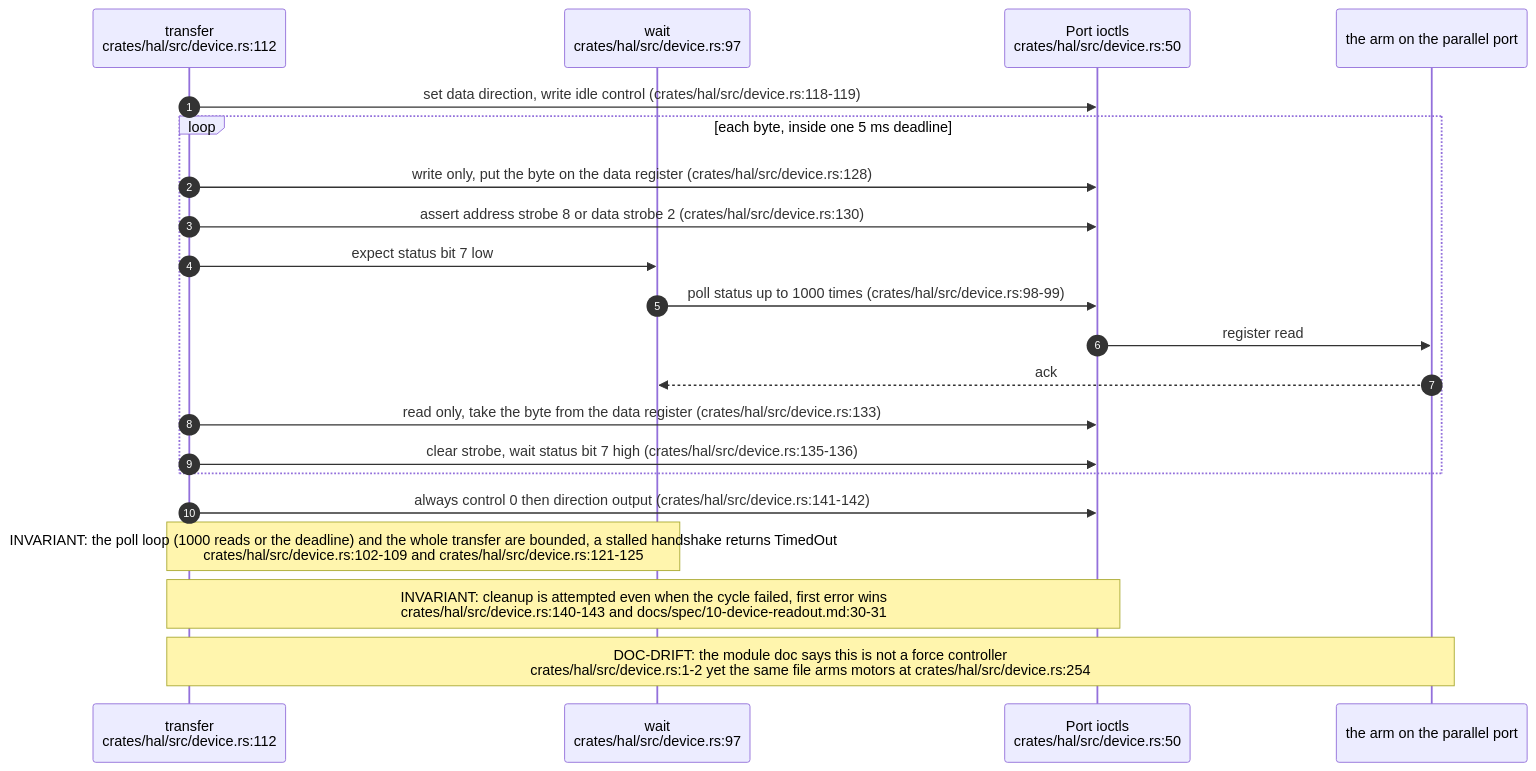
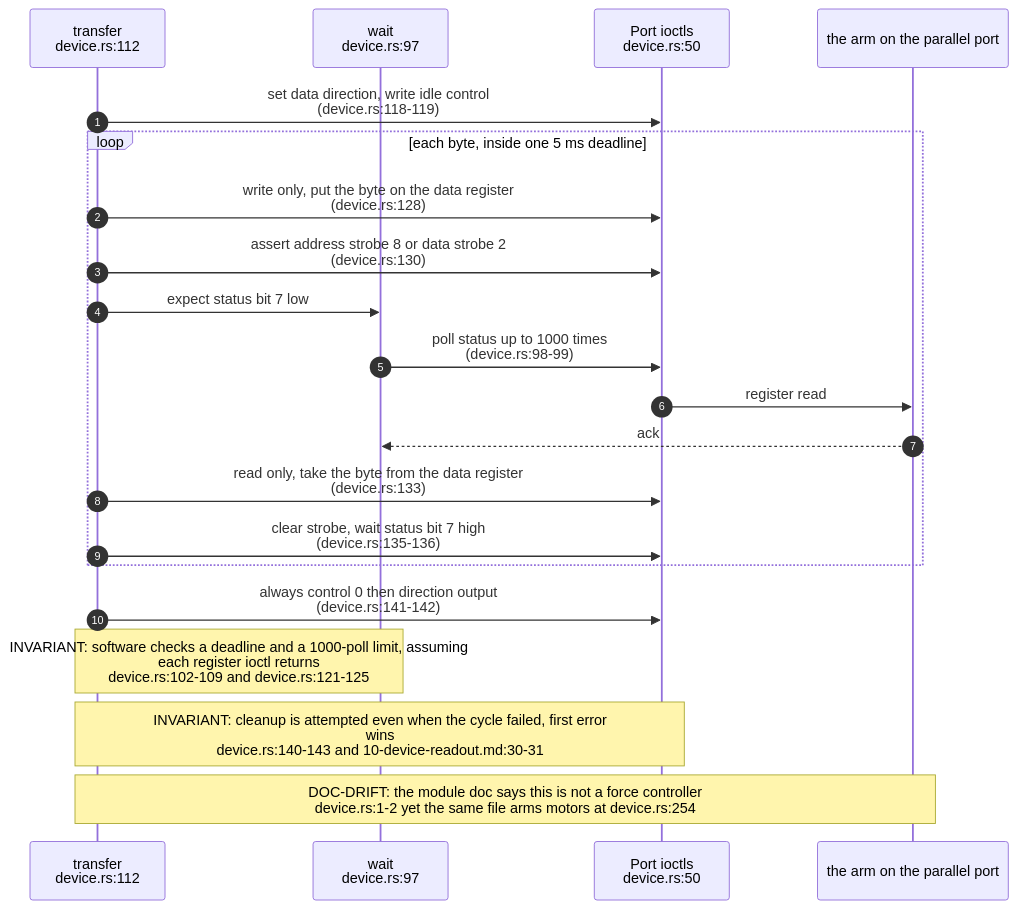
Before and after one commit to DreamLab-AI/VisionFlow: the first of 5 diagrams in docs/diagrams/visiontouch-rs/02-transport-software-epp-and-force-session.md, drawn with Mermaid. The commit also changed other lines of this file and 27 other files, not shown here.

````diff
--- a/docs/diagrams/visiontouch-rs/02-transport-software-epp-and-force-session.md
+++ b/docs/diagrams/visiontouch-rs/02-transport-software-epp-and-force-session.md
@@ -28,23 +30,23 @@
 ```mermaid
 sequenceDiagram
     autonumber
-    participant TR as transfer<br/>crates/hal/src/device.rs:112
-    participant WT as wait<br/>crates/hal/src/device.rs:97
-    participant PT as Port ioctls<br/>crates/hal/src/device.rs:50
+    participant TR as transfer<br/>device.rs:112
+    participant WT as wait<br/>device.rs:97
+    participant PT as Port ioctls<br/>device.rs:50
     participant DV as the arm on the parallel port
-    TR->>PT: set data direction, write idle control (crates/hal/src/device.rs:118-119)
+    TR->>PT: set data direction, write idle control<br/>(device.rs:118-119)
     loop each byte, inside one 5 ms deadline
-        TR->>PT: write only, put the byte on the data register (crates/hal/src/device.rs:128)
-        TR->>PT: assert address strobe 8 or data strobe 2 (crates/hal/src/device.rs:130)
+        TR->>PT: write only, put the byte on the data register<br/>(device.rs:128)
+        TR->>PT: assert address strobe 8 or data strobe 2<br/>(device.rs:130)
         TR->>WT: expect status bit 7 low
-        WT->>PT: poll status up to 1000 times (crates/hal/src/device.rs:98-99)
+        WT->>PT: poll status up to 1000 times<br/>(device.rs:98-99)
         PT->>DV: register read
         DV-->>WT: ack
-        TR->>PT: read only, take the byte from the data register (crates/hal/src/device.rs:133)
-        TR->>PT: clear strobe, wait status bit 7 high (crates/hal/src/device.rs:135-136)
+        TR->>PT: read only, take the byte from the data register<br/>(device.rs:133)
+        TR->>PT: clear strobe, wait status bit 7 high<br/>(device.rs:135-136)
     end
-    TR->>PT: always control 0 then direction output (crates/hal/src/device.rs:141-142)
-    Note over TR,WT: INVARIANT: the poll loop (1000 reads or the deadline) and the whole transfer are bounded, a stalled handshake returns TimedOut<br/>crates/hal/src/device.rs:102-109 and crates/hal/src/device.rs:121-125
-    Note over TR,PT: INVARIANT: cleanup is attempted even when the cycle failed, first error wins<br/>crates/hal/src/device.rs:140-143 and docs/spec/10-device-readout.md:30-31
-    Note over TR,DV: DOC-DRIFT: the module doc says this is not a force controller<br/>crates/hal/src/device.rs:1-2 yet the same file arms motors at crates/hal/src/device.rs:254
+    TR->>PT: always control 0 then direction output<br/>(device.rs:141-142)
+    Note over TR,WT: INVARIANT: software checks a deadline and a 1000-poll limit, assuming<br/>each register ioctl returns<br/>device.rs:102-109 and device.rs:121-125
+    Note over TR,PT: INVARIANT: cleanup is attempted even when the cycle failed, first error<br/>wins<br/>device.rs:140-143 and 10-device-readout.md:30-31
+    Note over TR,DV: DOC-DRIFT: the module doc says this is not a force controller<br/>device.rs:1-2 yet the same file arms motors at device.rs:254
 ```
````
